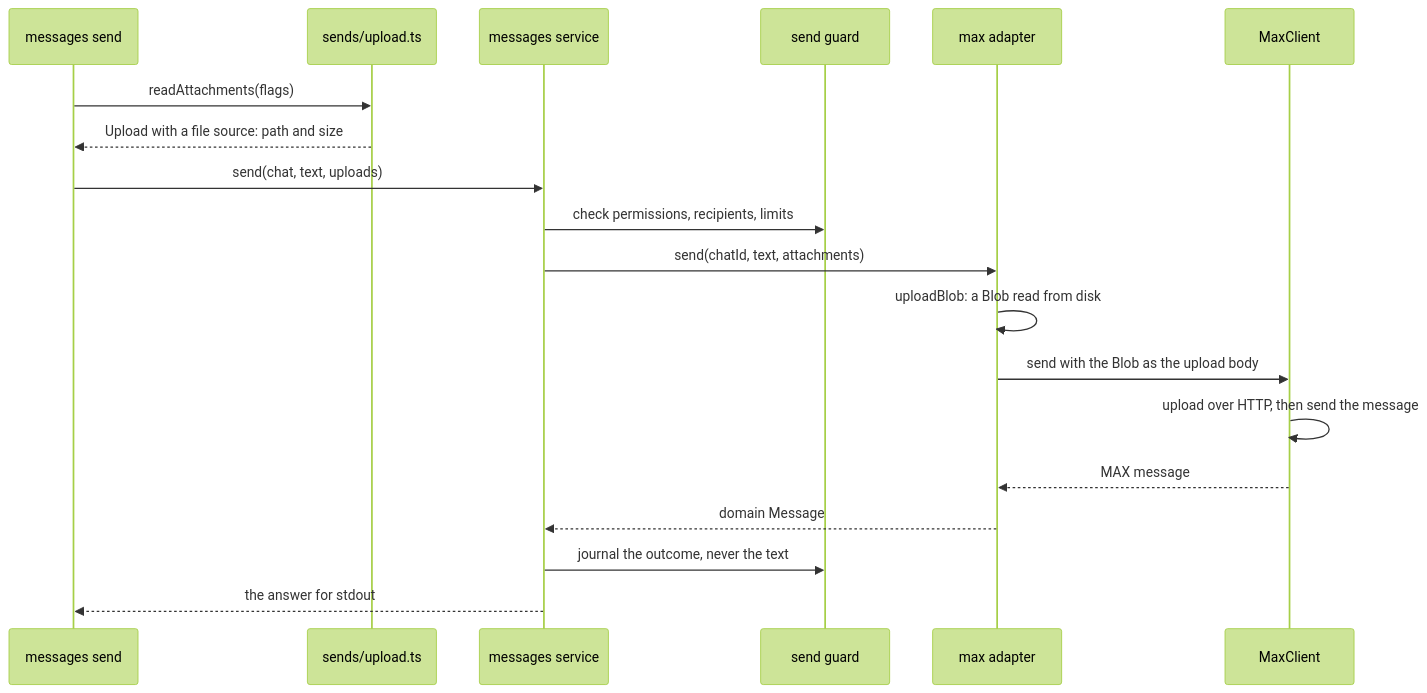
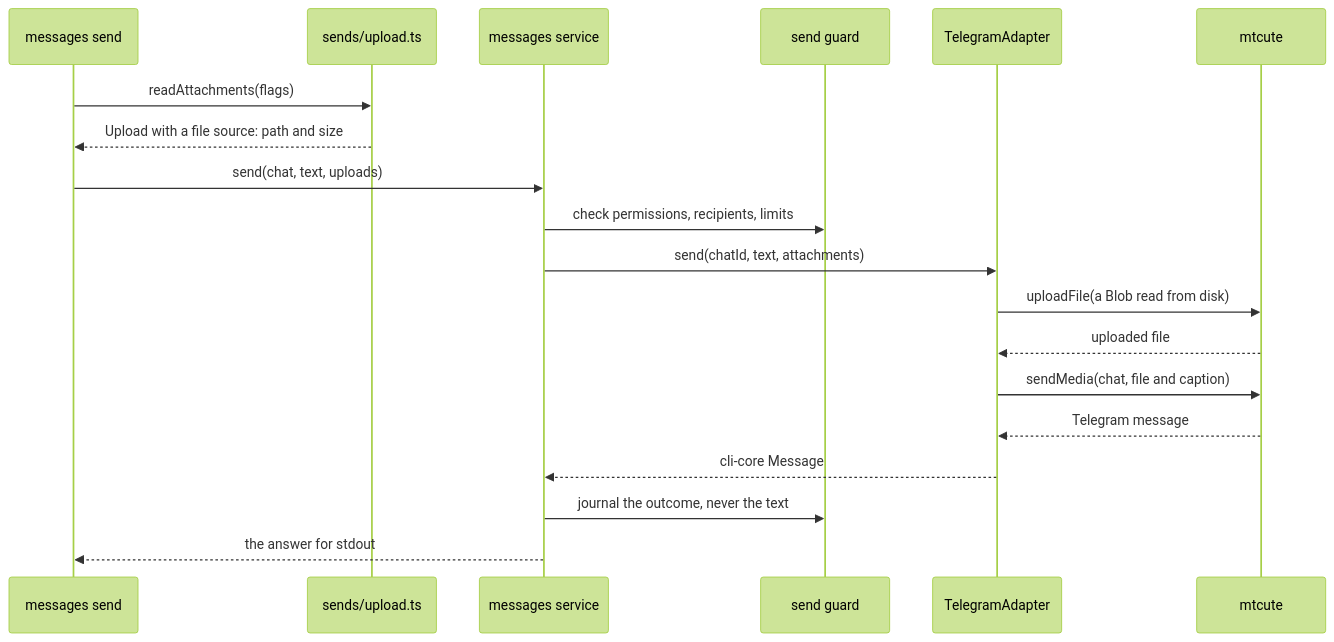
The fifth of 5 diagrams in content/docs/code-design.mdx (WireCatLabs/cli-docs), drawn with Mermaid (forest theme) before and after one commit. The commit also changed other lines of this file and 2 other files, not shown here.

First line of the commit message:
docs(code-design): say what a port is; a clearer contract diagram; tg examples

````diff
--- a/content/docs/code-design.mdx
+++ b/content/docs/code-design.mdx
@@ -207,21 +208,21 @@
 ```mermaid A send with a file, from the command to the messenger
 sequenceDiagram
   participant Cmd as messages send
   participant Up as sends/upload.ts
   participant Svc as messages service
   participant Guard as send guard
-  participant Ad as max adapter
-  participant Cl as MaxClient
+  participant Ad as TelegramAdapter
+  participant Cl as mtcute
   Cmd->>Up: readAttachments(flags)
   Up-->>Cmd: Upload with a file source: path and size
   Cmd->>Svc: send(chat, text, uploads)
   Svc->>Guard: check permissions, recipients, limits
   Svc->>Ad: send(chatId, text, attachments)
-  Ad->>Ad: uploadBlob: a Blob read from disk
-  Ad->>Cl: send with the Blob as the upload body
-  Cl->>Cl: upload over HTTP, then send the message
-  Cl-->>Ad: MAX message
-  Ad-->>Svc: domain Message
+  Ad->>Cl: uploadFile(a Blob read from disk)
+  Cl-->>Ad: uploaded file
+  Ad->>Cl: sendMedia(chat, file and caption)
+  Cl-->>Ad: Telegram message
+  Ad-->>Svc: cli-core Message
   Svc->>Guard: journal the outcome, never the text
   Svc-->>Cmd: the answer for stdout
 ```
````
